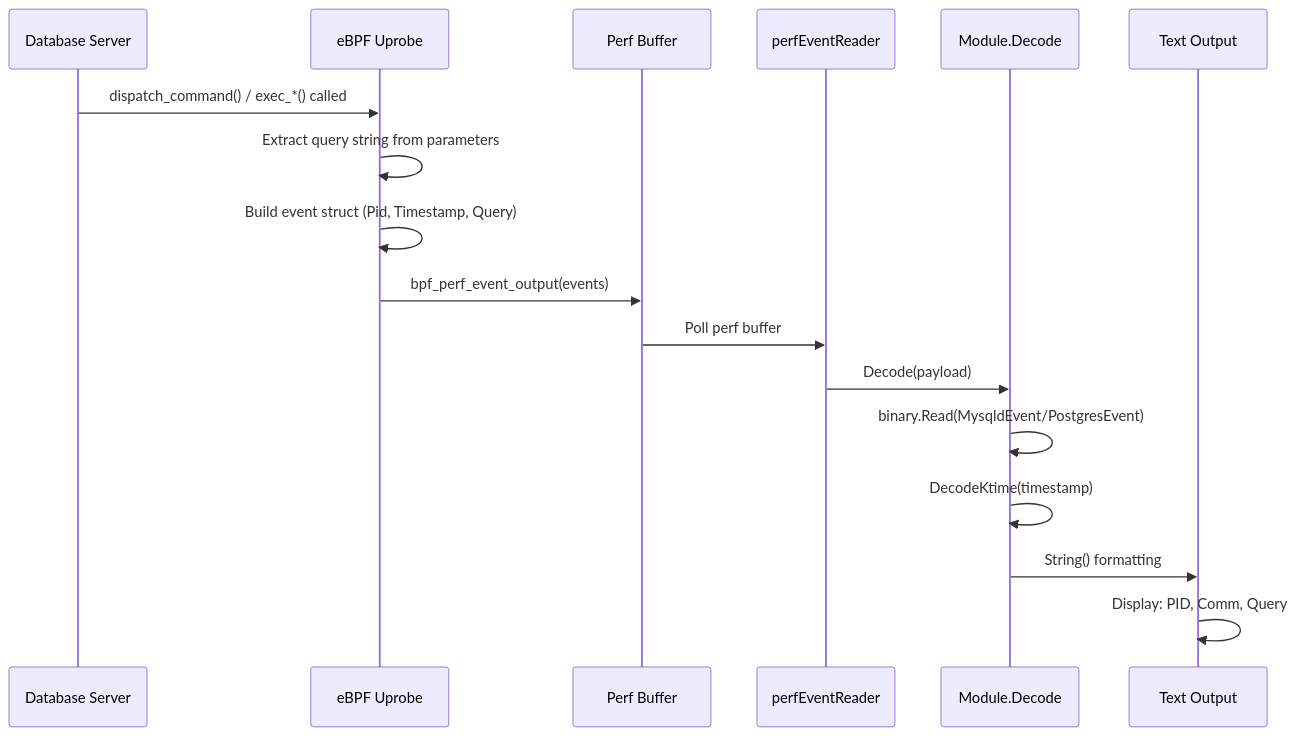
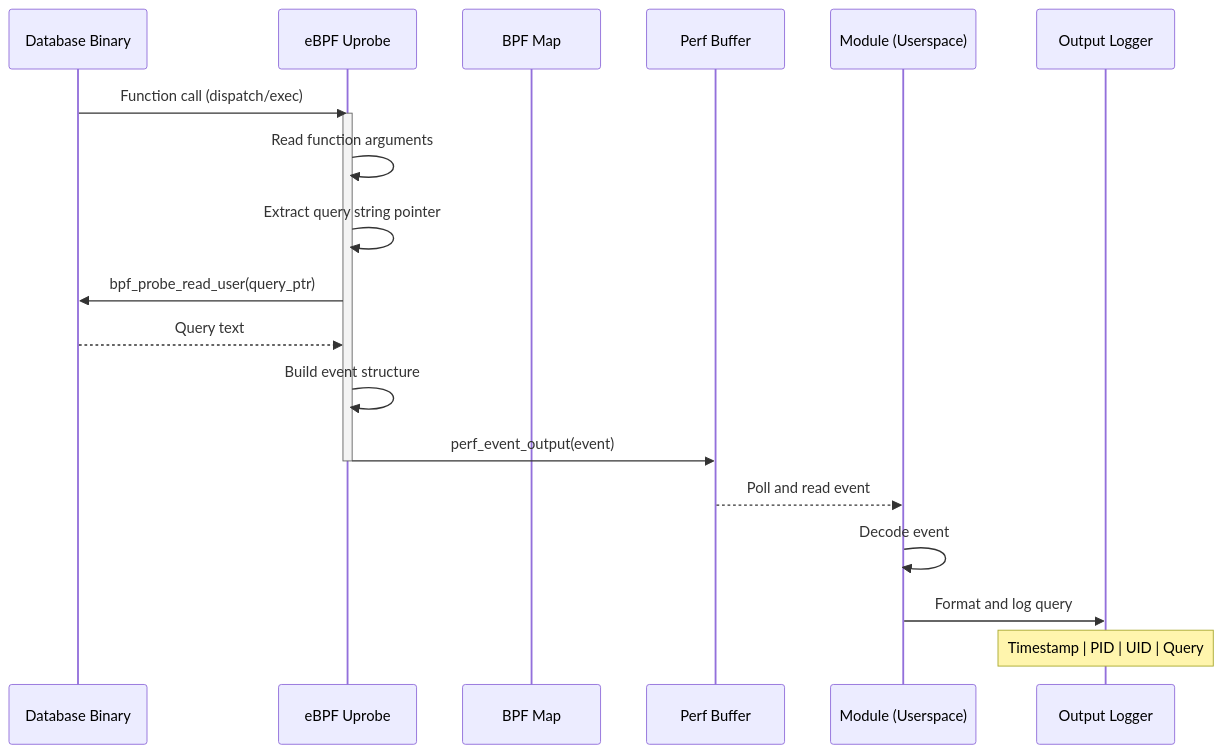
One commit to gojue/ecapture.cc changed the fourth of 4 diagrams in src/en/3-capture-modules/3.2.2-database-query-auditing.md. Above: the diagram before and after it, drawn with Mermaid. The commit also changed other lines of this file and 115 other files, not shown here.

````diff
--- a/src/en/3-capture-modules/3.2.2-database-query-auditing.md
+++ b/src/en/3-capture-modules/3.2.2-database-query-auditing.md
@@ -349,21 +332,26 @@
 ```mermaid
 sequenceDiagram
-    participant DB as Database Server
+    participant DB as Database Binary
     participant Uprobe as eBPF Uprobe
+    participant Map as BPF Map
     participant Perf as Perf Buffer
-    participant Reader as perfEventReader
-    participant Module as Module.Decode
-    participant Output as Text Output
+    participant Module as Module (Userspace)
+    participant Logger as Output Logger
     
-    DB->>Uprobe: dispatch_command() / exec_*() called
-    Uprobe->>Uprobe: Extract query string from parameters
-    Uprobe->>Uprobe: Build event struct (Pid, Timestamp, Query)
-    Uprobe->>Perf: bpf_perf_event_output(events)
+    DB->>Uprobe: Function call (dispatch/exec)
     
-    Perf->>Reader: Poll perf buffer
-    Reader->>Module: Decode(payload)
-    Module->>Module: binary.Read(MysqldEvent/PostgresEvent)
-    Module->>Module: DecodeKtime(timestamp)
-    Module->>Output: String() formatting
-    Output->>Output: Display: PID, Comm, Query
+    activate Uprobe
+    Uprobe->>Uprobe: Read function arguments
+    Uprobe->>Uprobe: Extract query string pointer
+    Uprobe->>DB: bpf_probe_read_user(query_ptr)
+    DB-->>Uprobe: Query text
+    Uprobe->>Uprobe: Build event structure
+    Uprobe->>Perf: perf_event_output(event)
+    deactivate Uprobe
+    
+    Perf-->>Module: Poll and read event
+    Module->>Module: Decode event
+    Module->>Logger: Format and log query
+    
+    Note over Logger: Timestamp | PID | UID | Query
 ```
````
